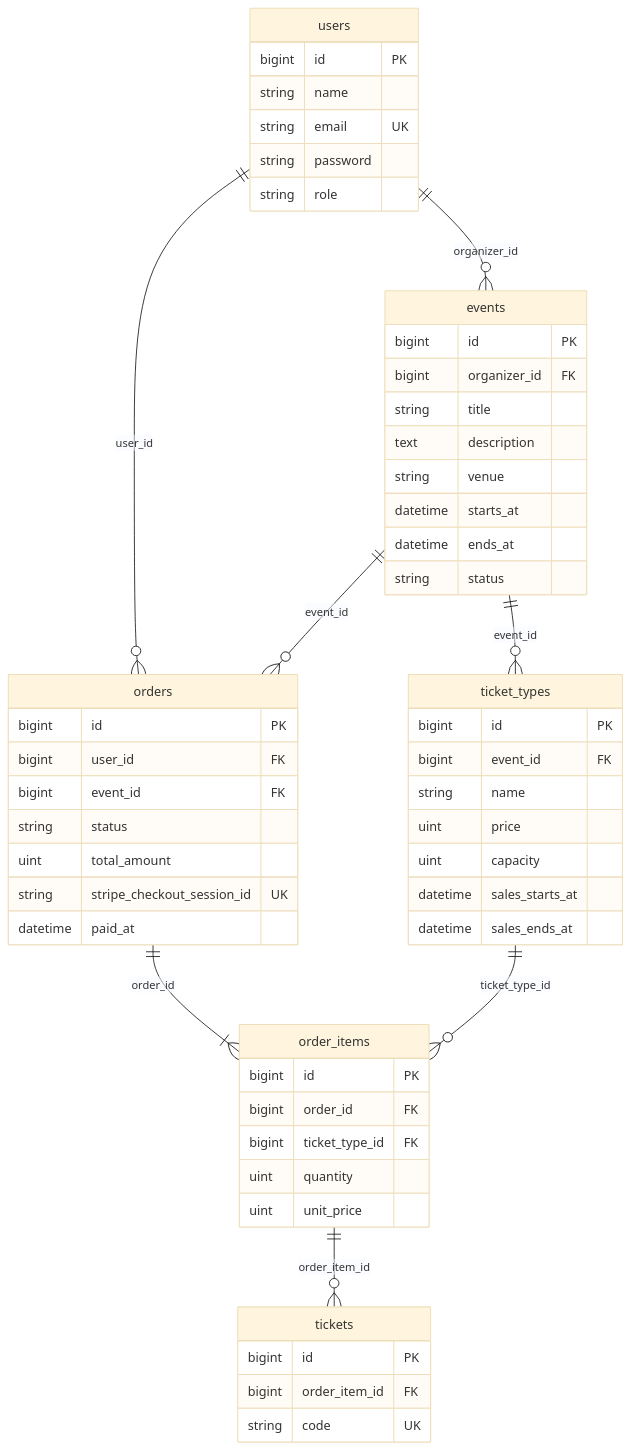
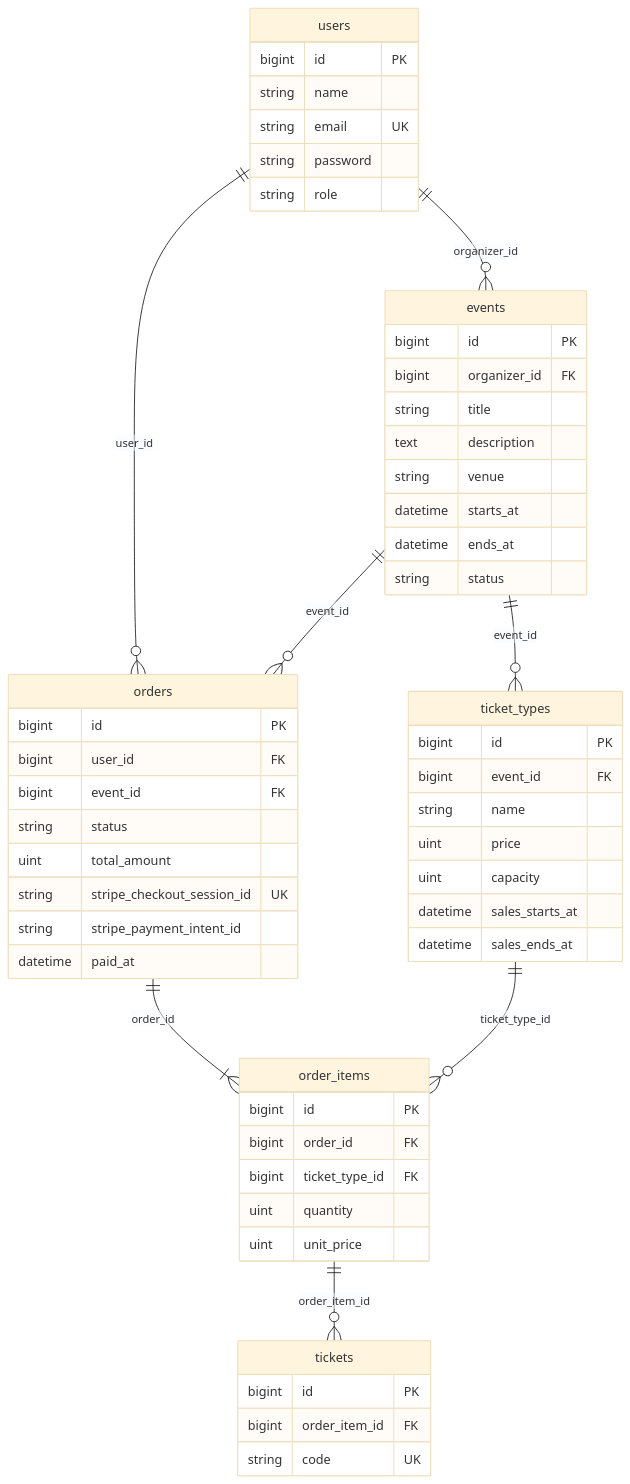
The diagram in doc/design/database.md (nekonimatatabi/ticket-app), drawn with Mermaid (base theme) before and after one commit. The commit also changed other lines of this file and 29 other files, not shown here.

````diff
--- a/doc/design/database.md
+++ b/doc/design/database.md
@@ -5,58 +5,59 @@
 ```mermaid
 erDiagram
     users ||--o{ events : organizer_id
     users ||--o{ orders : user_id
     events ||--o{ ticket_types : event_id
     events ||--o{ orders : event_id
     orders ||--|{ order_items : order_id
     ticket_types ||--o{ order_items : ticket_type_id
     order_items ||--o{ tickets : order_item_id
 
     users {
         bigint id PK
         string name
         string email UK
         string password
         string role
     }
     events {
         bigint id PK
         bigint organizer_id FK
         string title
         text description
         string venue
         datetime starts_at
         datetime ends_at
         string status
     }
     ticket_types {
         bigint id PK
         bigint event_id FK
         string name
         uint price
         uint capacity
         datetime sales_starts_at
         datetime sales_ends_at
     }
     orders {
         bigint id PK
         bigint user_id FK
         bigint event_id FK
         string status
         uint total_amount
         string stripe_checkout_session_id UK
+        string stripe_payment_intent_id
         datetime paid_at
     }
     order_items {
         bigint id PK
         bigint order_id FK
         bigint ticket_type_id FK
         uint quantity
         uint unit_price
     }
     tickets {
         bigint id PK
         bigint order_item_id FK
         string code UK
     }
 ```
````
